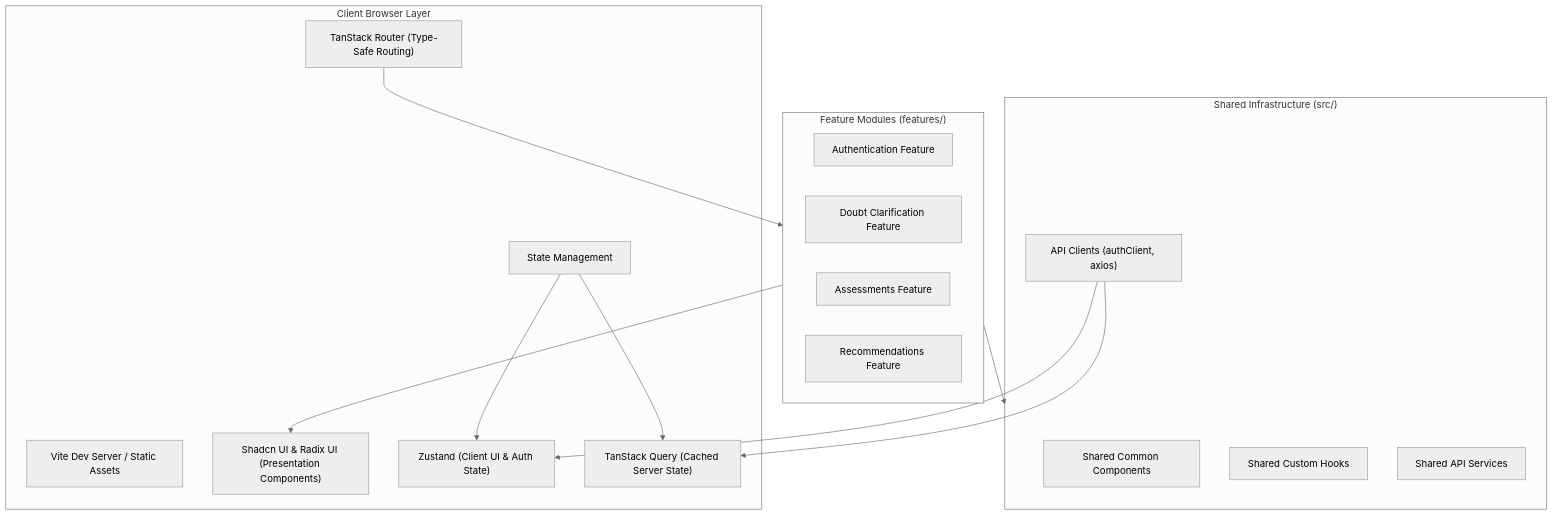
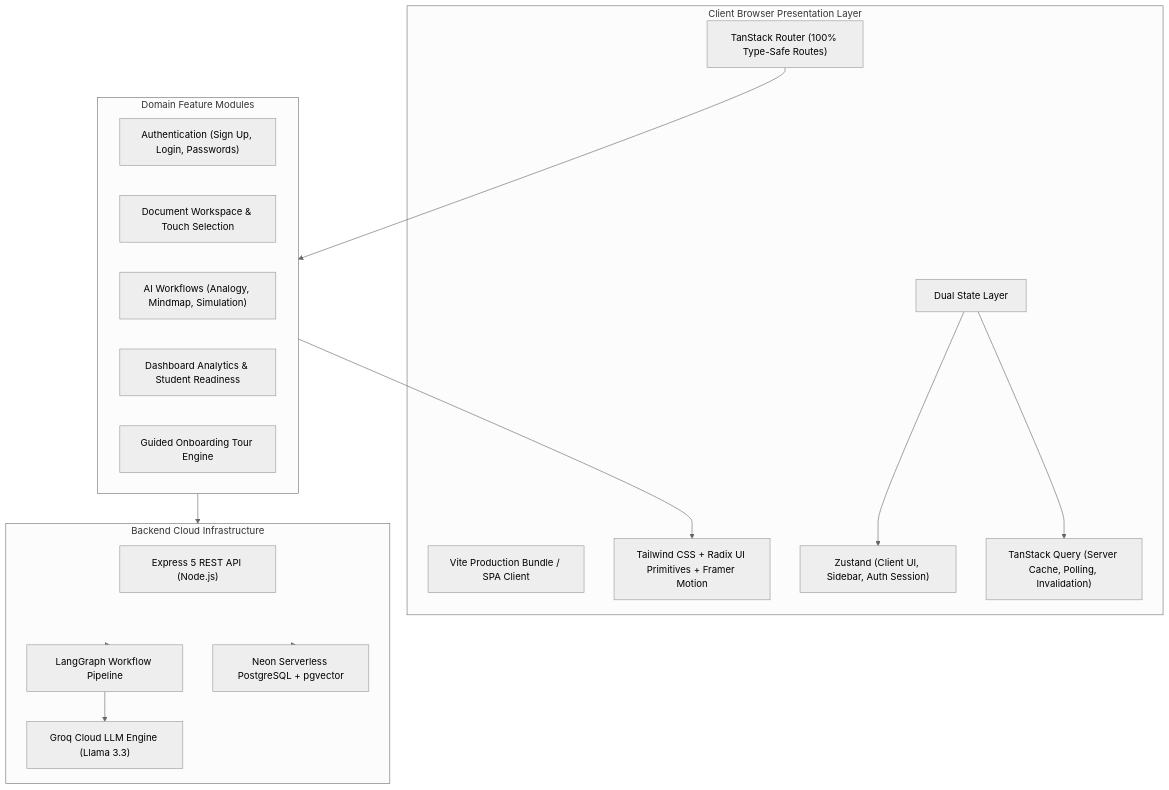
One commit to RohitChintalapudi/Learnflowai-frontend changed the first of 3 diagrams in README.md. Above: the diagram before and after it, drawn with Mermaid (neutral theme). The commit also changed other lines of this file, not shown here.

Commit message:
docs: update README with comprehensive architecture and feature documentation

````diff
--- a/README.md
+++ b/README.md
@@ -47,31 +81,33 @@
 ```mermaid
 graph TD
-    subgraph Client ["Client Browser Layer"]
-        ViteDev["Vite Dev Server / Static Assets"]
-        Router["TanStack Router (Type-Safe Routing)"]
-        UI["Shadcn UI & Radix UI (Presentation Components)"]
-        State["State Management"]
-        State --> Zustand["Zustand (Client UI & Auth State)"]
-        State --> TSQuery["TanStack Query (Cached Server State)"]
+    subgraph Client ["Client Browser Presentation Layer"]
+        ViteDev["Vite Production Bundle / SPA Client"]
+        Router["TanStack Router (100% Type-Safe Routes)"]
+        UI["Tailwind CSS + Radix UI Primitives + Framer Motion"]
+        State["Dual State Layer"]
+        State --> Zustand["Zustand (Client UI, Sidebar, Auth Session)"]
+        State --> TSQuery["TanStack Query (Server Cache, Polling, Invalidation)"]
     end
 
-    subgraph FeatureModules ["Feature Modules (features/)"]
-        AuthFeature["Authentication Feature"]
-        DoubtFeature["Doubt Clarification Feature"]
-        AssessFeature["Assessments Feature"]
-        RecomFeature["Recommendations Feature"]
+    subgraph FeatureModules ["Domain Feature Modules"]
+        AuthFeature["Authentication (Sign Up, Login, Passwords)"]
+        WorkspaceFeature["Document Workspace & Touch Selection"]
+        DoubtFeature["AI Workflows (Analogy, Mindmap, Simulation)"]
+        AnalyticsFeature["Dashboard Analytics & Student Readiness"]
+        TourFeature["Guided Onboarding Tour Engine"]
     end
 
-    subgraph SharedLayer ["Shared Infrastructure (src/)"]
-        ComponentsCommon["Shared Common Components"]
-        HooksCommon["Shared Custom Hooks"]
-        ServicesCommon["Shared API Services"]
-        LibCommon["API Clients (authClient, axios)"]
+    subgraph BackendServices ["Backend Cloud Infrastructure"]
+        Express["Express 5 REST API (Node.js)"]
+        LangGraph["LangGraph Workflow Pipeline"]
+        LLM["Groq Cloud LLM Engine (Llama 3.3)"]
+        NeonDB["Neon Serverless PostgreSQL + pgvector"]
     end
 
     Router --> FeatureModules
     FeatureModules --> UI
-    FeatureModules --> SharedLayer
-    LibCommon --> Zustand
-    LibCommon --> TSQuery
+    FeatureModules --> BackendServices
+    BackendServices --> LangGraph
+    LangGraph --> LLM
+    BackendServices --> NeonDB
 ```
````
